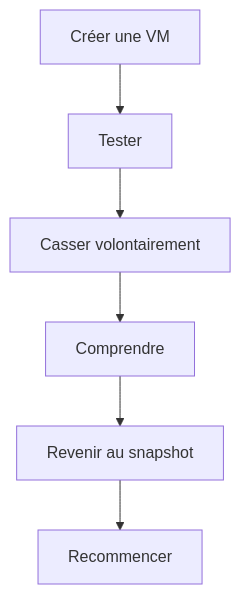
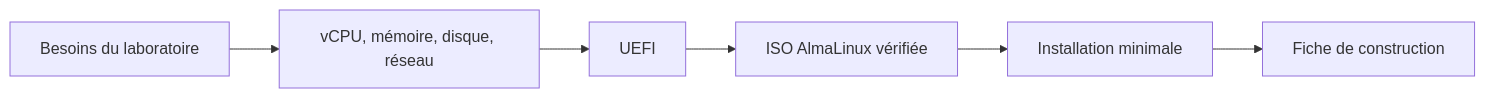
One commit to tdelaclos/formations changed the first of 4 diagrams in campagne 1/1.2-installation-almalinux-minimal.md. Above: the diagram before and after it, drawn with Mermaid. The commit also changed other lines of this file and 10 other files, not shown here.

````diff
--- a/campagne 1/1.2-installation-almalinux-minimal.md
+++ b/campagne 1/1.2-installation-almalinux-minimal.md
@@ -719,21 +48,8 @@
 ```mermaid
-flowchart TD
-
-A["Créer une VM"]
-
-B["Tester"]
-
-C["Casser volontairement"]
-
-D["Comprendre"]
-
-E["Revenir au snapshot"]
-
-F["Recommencer"]
-
-A --> B
-B --> C
-C --> D
-D --> E
-E --> F
+flowchart LR
+    Need["Besoins du laboratoire"] --> VM["vCPU, mémoire, disque, réseau"]
+    VM --> Firmware["UEFI"]
+    Firmware --> ISO["ISO AlmaLinux vérifiée"]
+    ISO --> Install["Installation minimale"]
+    Install --> Record["Fiche de construction"]
 ```
````
